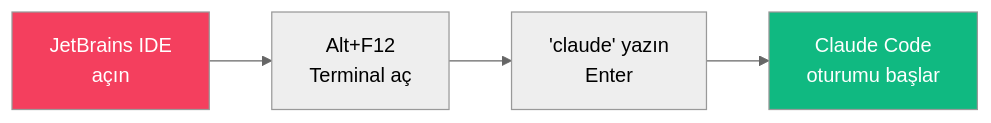
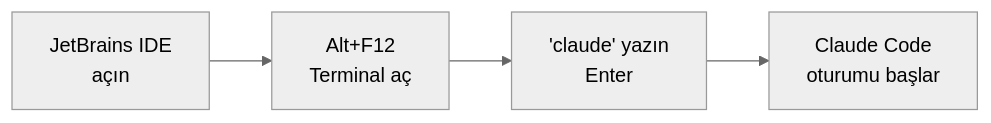
Before and after one commit to IzzetYasinAtes/ClaudeCodeHandbook: the second of 5 diagrams in 15-entegrasyonlar/02-jetbrains-entegrasyonu.md, drawn with Mermaid (neutral theme). The commit also changed other lines of this file and 97 other files, not shown here.

Commit message:
Remove all custom Mermaid style/fill colors from 98 markdown files for consistent dark theme rendering

````diff
--- a/15-entegrasyonlar/02-jetbrains-entegrasyonu.md
+++ b/15-entegrasyonlar/02-jetbrains-entegrasyonu.md
@@ -73,9 +71,7 @@
 ```mermaid
 flowchart LR
     A["JetBrains IDE<br/>açın"] --> B["Alt+F12<br/>Terminal aç"]
     B --> C["'claude' yazın<br/>Enter"]
     C --> D["Claude Code<br/>oturumu başlar"]
 
-    style A fill:#F43F5E,color:#fff
-    style D fill:#10B981,color:#fff
 ```
````
